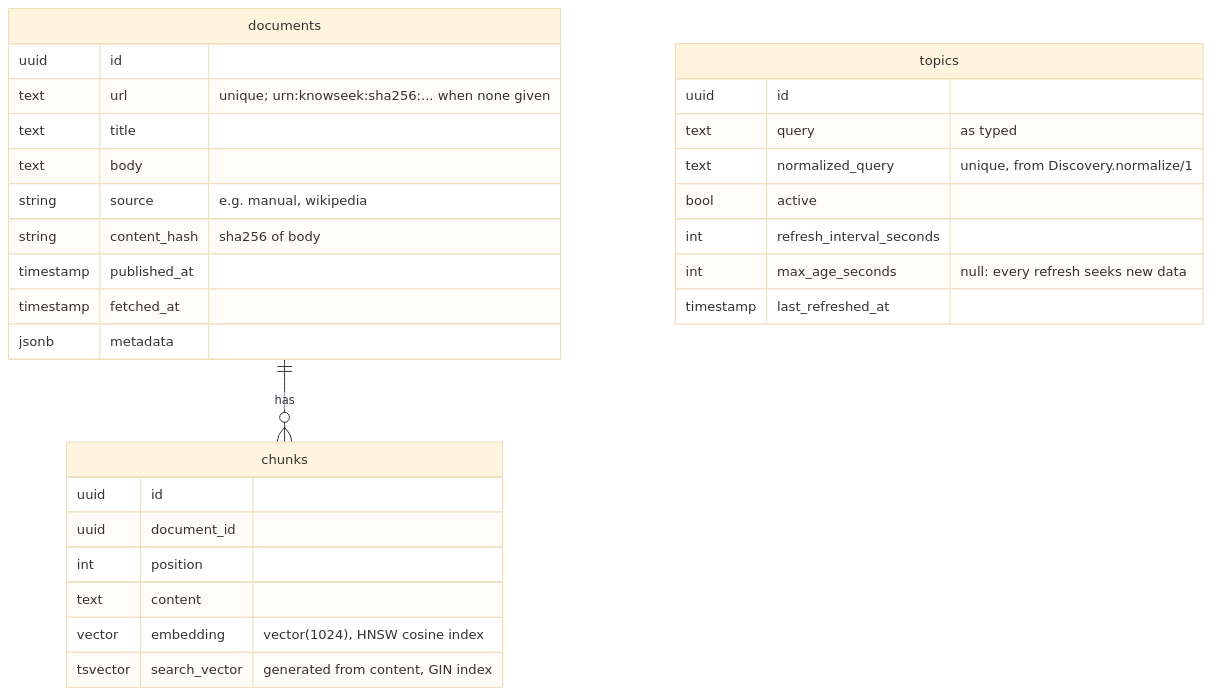
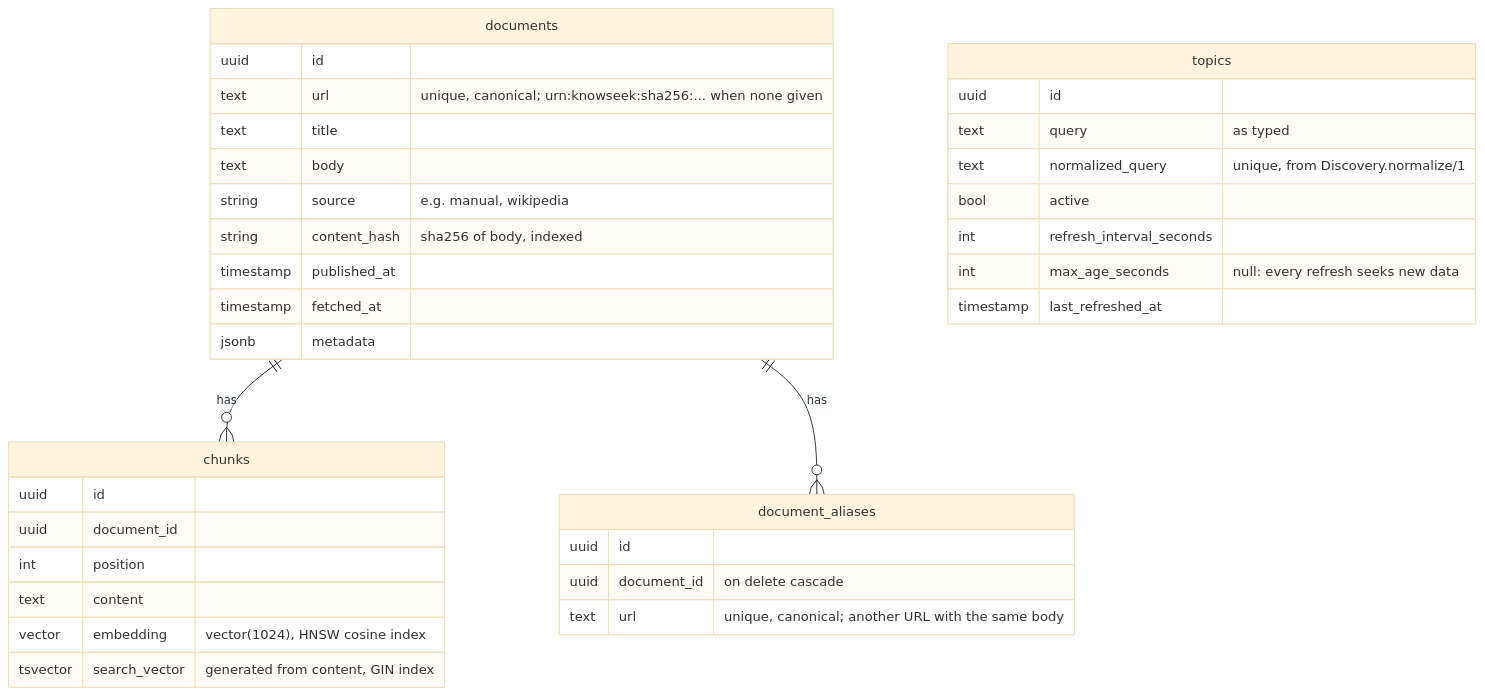
Before and after one commit to williamge/knowseek: the second of 2 diagrams in docs/ARCHITECTURE.md, drawn with Mermaid (base theme). The commit also changed other lines of this file and 16 other files, not shown here.

First line of the commit message:
Task 011: canonical URLs and aliases for duplicate content (#10)

````diff
--- a/docs/ARCHITECTURE.md
+++ b/docs/ARCHITECTURE.md
@@ -54,32 +55,38 @@
 ```mermaid
 erDiagram
     documents ||--o{ chunks : has
+    documents ||--o{ document_aliases : has
     documents {
         uuid id
-        text url "unique; urn:knowseek:sha256:... when none given"
+        text url "unique, canonical; urn:knowseek:sha256:... when none given"
         text title
         text body
         string source "e.g. manual, wikipedia"
-        string content_hash "sha256 of body"
+        string content_hash "sha256 of body, indexed"
         timestamp published_at
         timestamp fetched_at
         jsonb metadata
+    }
+    document_aliases {
+        uuid id
+        uuid document_id "on delete cascade"
+        text url "unique, canonical; another URL with the same body"
     }
     chunks {
         uuid id
         uuid document_id
         int position
         text content
         vector embedding "vector(1024), HNSW cosine index"
         tsvector search_vector "generated from content, GIN index"
     }
     topics {
         uuid id
         text query "as typed"
         text normalized_query "unique, from Discovery.normalize/1"
         bool active
         int refresh_interval_seconds
         int max_age_seconds "null: every refresh seeks new data"
         timestamp last_refreshed_at
     }
 ```
````
